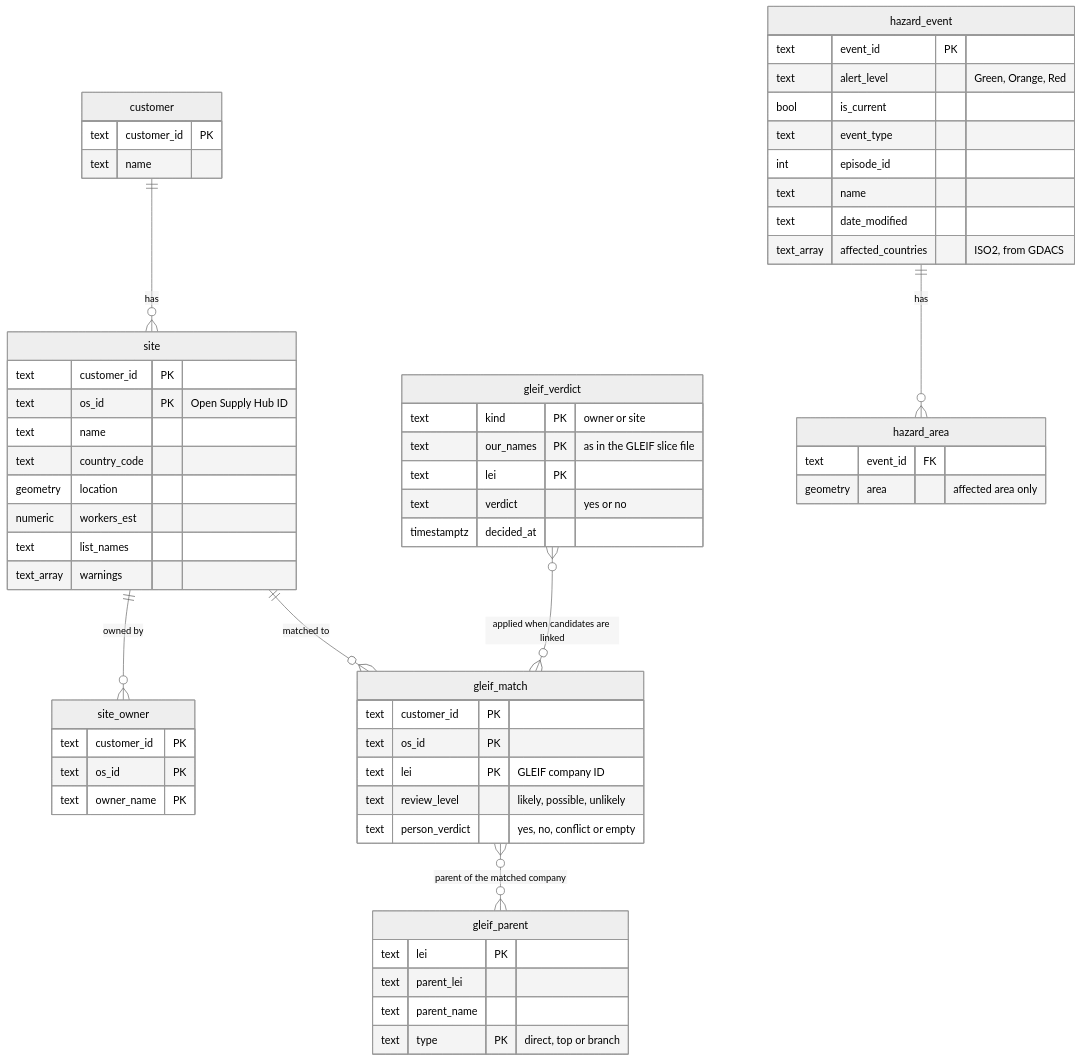
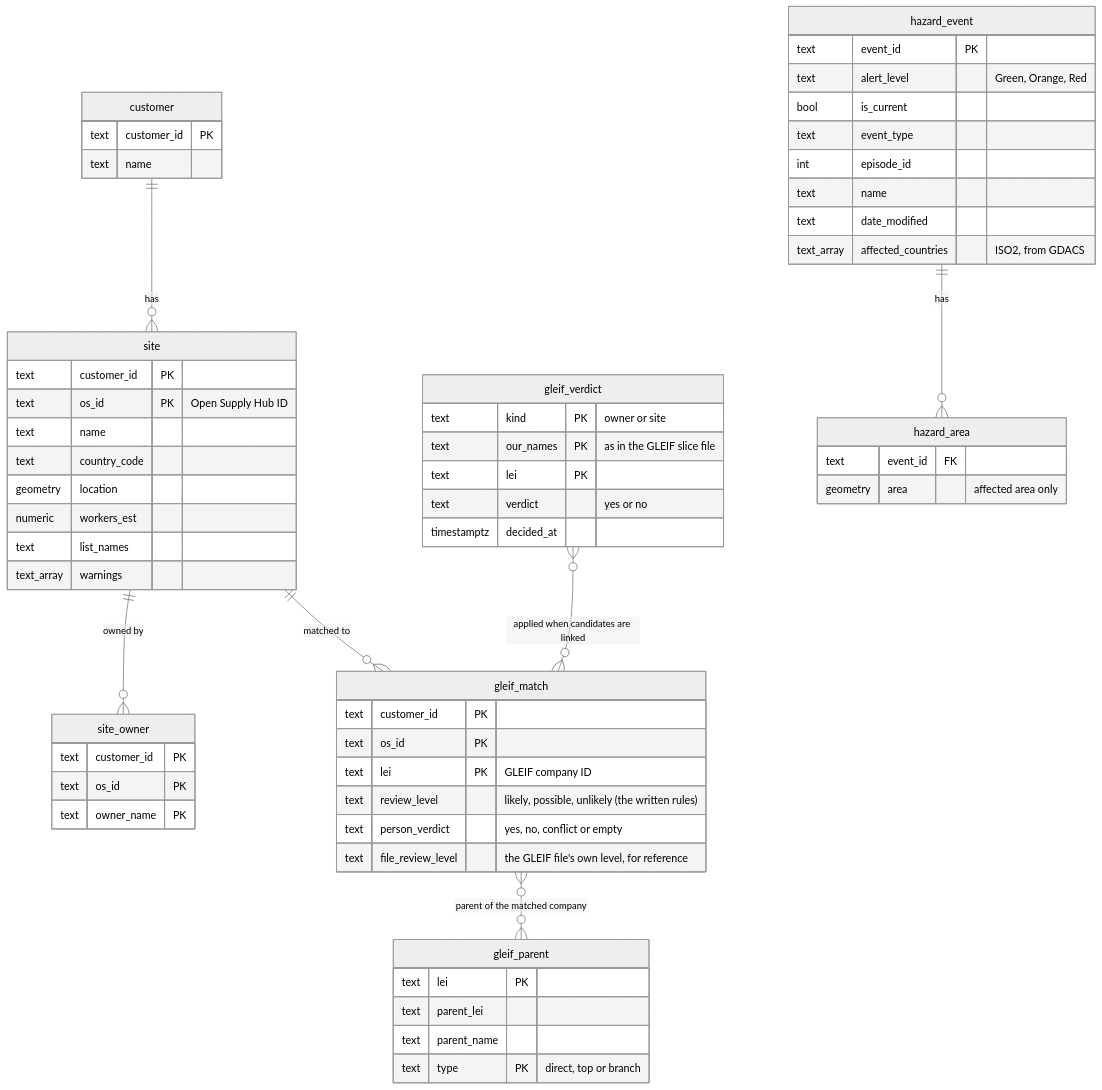
Before and after one commit to abhifourkites/geo-risk.ai: the second of 4 diagrams in docs/architecture/ARCHITECTURE.md, drawn with Mermaid (neutral theme). The commit also changed 2 other files, not shown here.

Commit message:
MDM-3: Docs: one set of GLEIF rating rules, with the evidence and agreement figures
DECISIONS #5: the rules (other names, DE CV / SRL / S R L / PTE for the
comparison only, the cap for sole proprietors, funds and lapsed registrations)
with rows 3, 5, 10, 13, 22-24, 26, 173, 223, 289 as evidence; agreement with the
file 241 of 440 (first rules: 270), what each change moved; adidas 25 / 107 /
89 and Nike 10 / 151 / 184; the three named candidates stay likely. README:
the GLEIF figures, the rules, test count 129. ARCHITECTURE.md:
gleif_match.file_review_level.

Generated with Claude Code

````diff
--- a/docs/architecture/ARCHITECTURE.md
+++ b/docs/architecture/ARCHITECTURE.md
@@ -54,63 +54,64 @@
 ```mermaid
 erDiagram
   customer ||--o{ site : "has"
   site ||--o{ site_owner : "owned by"
   site ||--o{ gleif_match : "matched to"
   gleif_match }o--o{ gleif_parent : "parent of the matched company"
   gleif_verdict }o--o{ gleif_match : "applied when candidates are linked"
   hazard_event ||--o{ hazard_area : "has"
 
   customer {
     text customer_id PK
     text name
   }
   site {
     text customer_id PK
     text os_id PK "Open Supply Hub ID"
     text name
     text country_code
     geometry location
     numeric workers_est
     text list_names
     text_array warnings
   }
   site_owner {
     text customer_id PK
     text os_id PK
     text owner_name PK
   }
   gleif_match {
     text customer_id PK
     text os_id PK
     text lei PK "GLEIF company ID"
-    text review_level "likely, possible, unlikely"
+    text review_level "likely, possible, unlikely (the written rules)"
     text person_verdict "yes, no, conflict or empty"
+    text file_review_level "the GLEIF file's own level, for reference"
   }
   gleif_verdict {
     text kind PK "owner or site"
     text our_names PK "as in the GLEIF slice file"
     text lei PK
     text verdict "yes or no"
     timestamptz decided_at
   }
   gleif_parent {
     text lei PK
     text parent_lei
     text parent_name
     text type PK "direct, top or branch"
   }
   hazard_event {
     text event_id PK
     text alert_level "Green, Orange, Red"
     bool is_current
     text event_type
     int episode_id
     text name
     text date_modified
     text_array affected_countries "ISO2, from GDACS"
   }
   hazard_area {
     text event_id FK
     geometry area "affected area only"
   }
 ```
````
